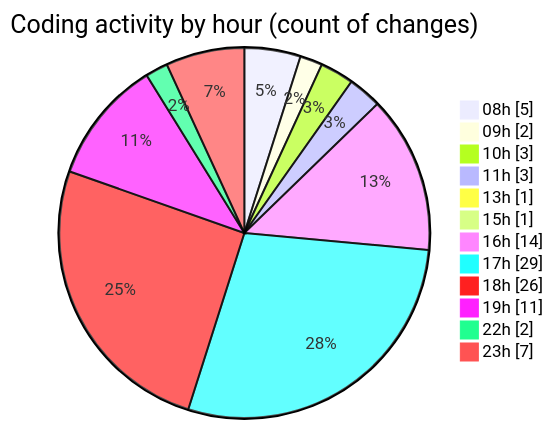
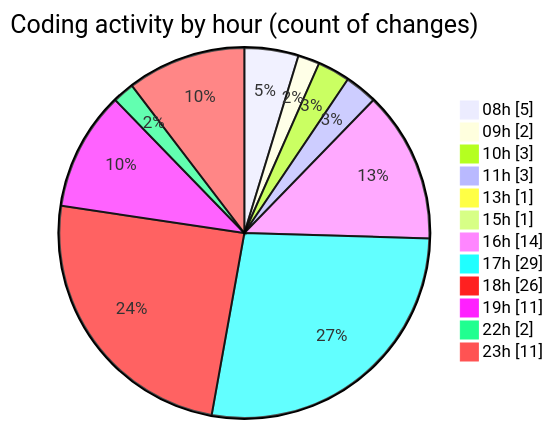
Before and after one commit to julien-gomy/code-tracking: the second of 2 diagrams in 2025-10-27/eventscop-frontend-guide__workspace_/README.md, drawn with Mermaid. The commit also changed other lines of this file and 1 other file, not shown here.

````diff
--- a/2025-10-27/eventscop-frontend-guide__workspace_/README.md
+++ b/2025-10-27/eventscop-frontend-guide__workspace_/README.md
@@ -47,16 +48,16 @@
 ```mermaid
 pie showData
 title Coding activity by hour (count of changes)
 "08h" : 5
 "09h" : 2
 "10h" : 3
 "11h" : 3
 "13h" : 1
 "15h" : 1
 "16h" : 14
 "17h" : 29
 "18h" : 26
 "19h" : 11
 "22h" : 2
-"23h" : 7
+"23h" : 11
 ```
````
